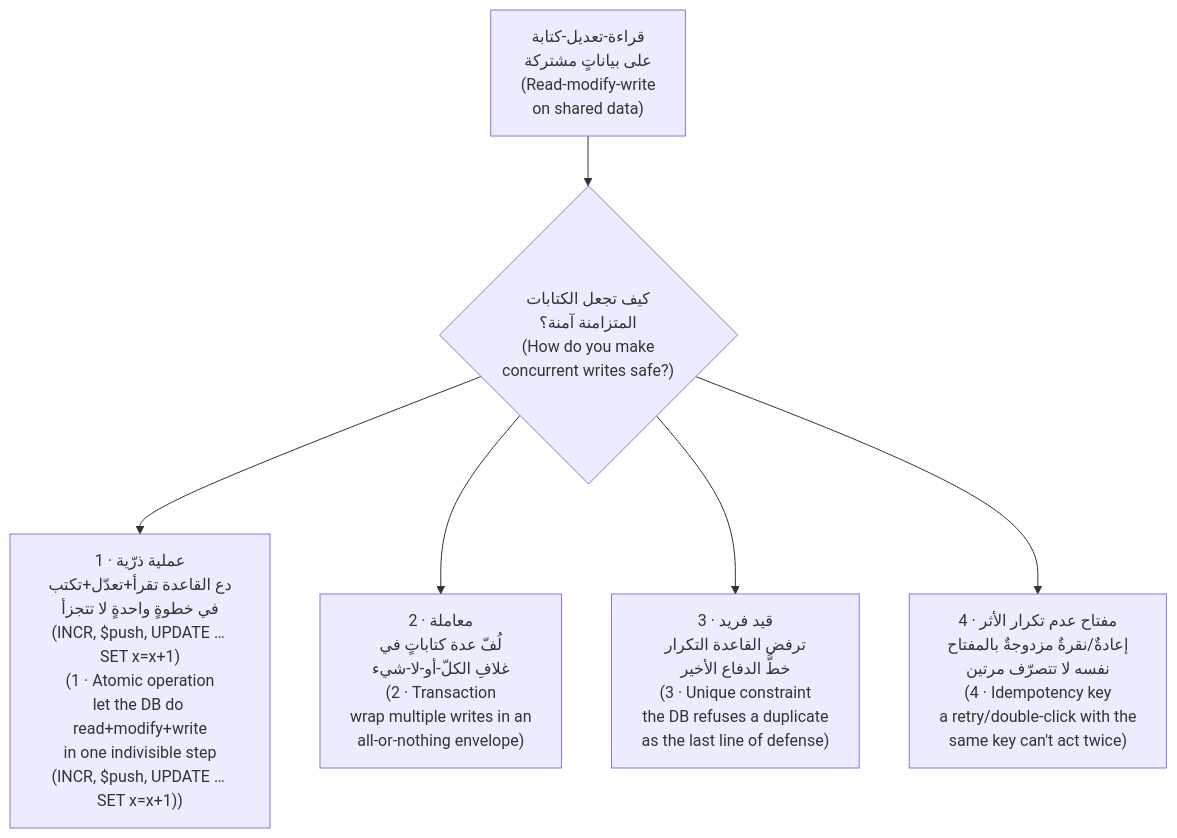
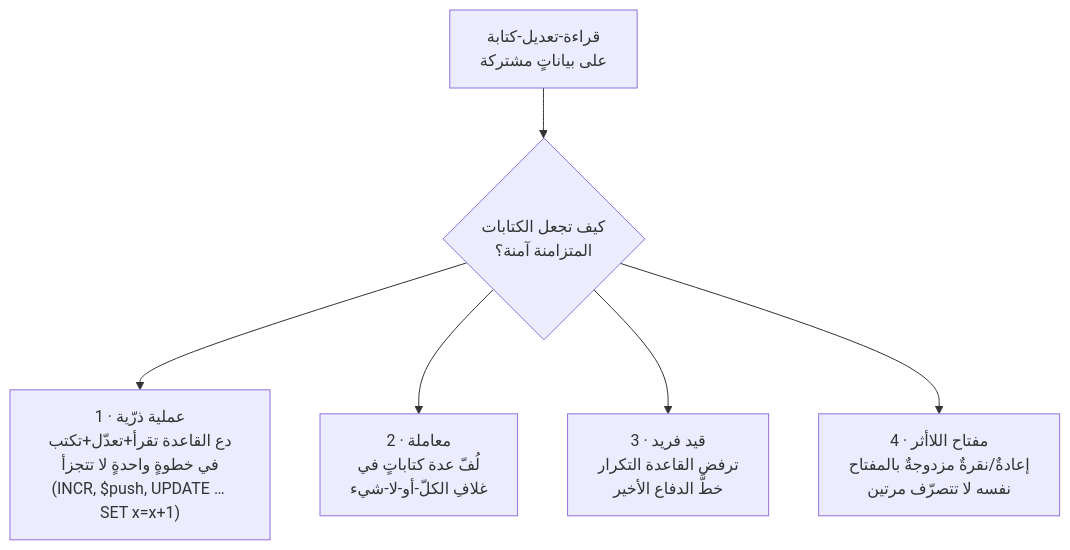
Before and after one commit to Tamoura/system-design-for-vibe-coders: the tenth of 10 diagrams in modules/02-data-storage-backups/module.ar.md, drawn with Mermaid. The commit also changed other lines of this file and 551 other files, not shown here.

````diff
--- a/modules/02-data-storage-backups/module.ar.md
+++ b/modules/02-data-storage-backups/module.ar.md
@@ -832,8 +832,8 @@
 ```mermaid
 flowchart TD
-    RMW["قراءة-تعديل-كتابة<br/>على بياناتٍ مشتركة<br/>(Read-modify-write<br/>on shared data)"] --> Q{"كيف تجعل الكتابات<br/>المتزامنة آمنة؟<br/>(How do you make<br/>concurrent writes safe?)"}
-    Q --> ATOM["1 · عملية ذرّية<br/>دع القاعدة تقرأ+تعدّل+تكتب<br/>في خطوةٍ واحدةٍ لا تتجزأ<br/>(INCR, $push, UPDATE … SET x=x+1)<br/>(1 · Atomic operation<br/>let the DB do read+modify+write<br/>in one indivisible step<br/>(INCR, $push, UPDATE … SET x=x+1))"]
-    Q --> TXN["2 · معاملة<br/>لُفّ عدة كتاباتٍ في<br/>غلافِ الكلّ-أو-لا-شيء<br/>(2 · Transaction<br/>wrap multiple writes in an<br/>all-or-nothing envelope)"]
-    Q --> UNIQ["3 · قيد فريد<br/>ترفض القاعدة التكرار<br/>خطَّ الدفاع الأخير<br/>(3 · Unique constraint<br/>the DB refuses a duplicate<br/>as the last line of defense)"]
-    Q --> IDEM["4 · مفتاح عدم تكرار الأثر<br/>إعادةٌ/نقرةٌ مزدوجةٌ بالمفتاح<br/>نفسه لا تتصرّف مرتين<br/>(4 · Idempotency key<br/>a retry/double-click with the<br/>same key can't act twice)"]
+    RMW["قراءة-تعديل-كتابة<br/>على بياناتٍ مشتركة"] --> Q{"كيف تجعل الكتابات<br/>المتزامنة آمنة؟"}
+    Q --> ATOM["1 · عملية ذرّية<br/>دع القاعدة تقرأ+تعدّل+تكتب<br/>في خطوةٍ واحدةٍ لا تتجزأ<br/>(INCR, $push, UPDATE … SET x=x+1)"]
+    Q --> TXN["2 · معاملة<br/>لُفّ عدة كتاباتٍ في<br/>غلافِ الكلّ-أو-لا-شيء"]
+    Q --> UNIQ["3 · قيد فريد<br/>ترفض القاعدة التكرار<br/>خطَّ الدفاع الأخير"]
+    Q --> IDEM["4 · مفتاح اللاأثر<br/>إعادةٌ/نقرةٌ مزدوجةٌ بالمفتاح<br/>نفسه لا تتصرّف مرتين"]
 ```
````
